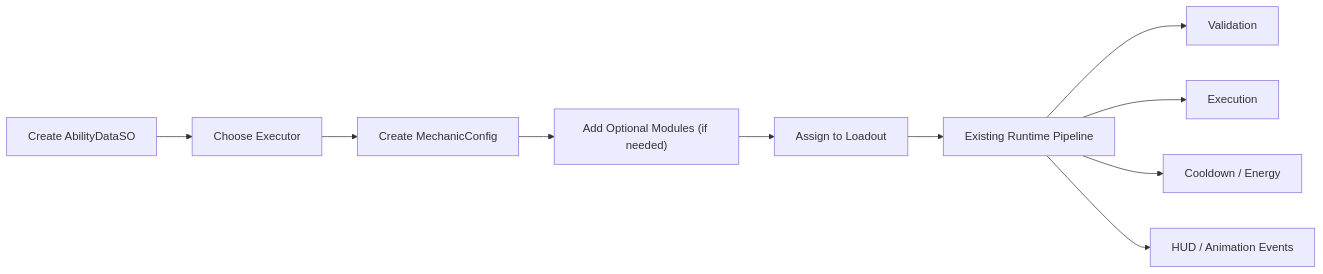
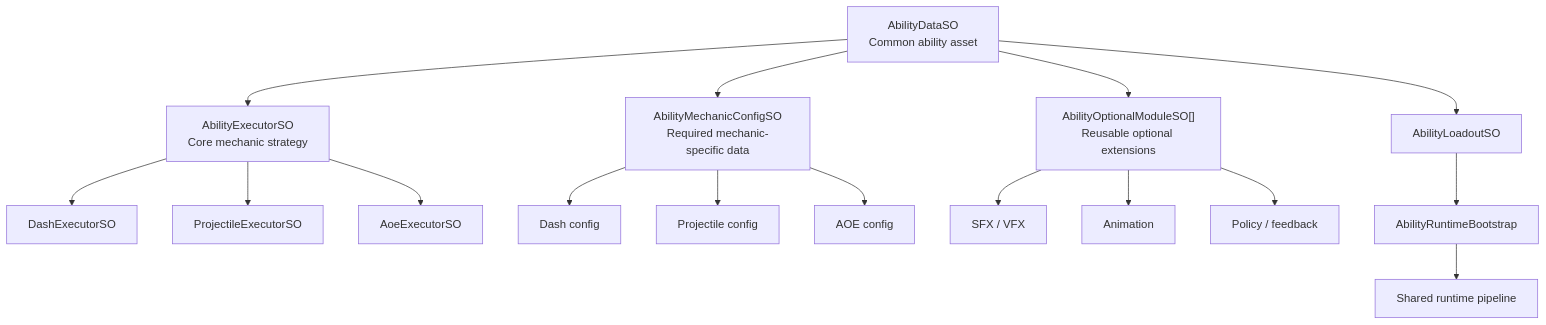
One commit to sbmeteturkay/Extensible-Ability-Framework changed the first of 2 diagrams in README.md. Above: the diagram before and after it, drawn with Mermaid. The commit also changed other lines of this file and 14 other files, not shown here.

````diff
--- a/README.md
+++ b/README.md
@@ -97,13 +123,22 @@
 ```mermaid
-flowchart LR
-    A["Create AbilityDataSO"] --> B["Choose Executor"]
-    B --> C["Create MechanicConfig"]
-    C --> D["Add Optional Modules (if needed)"]
-    D --> E["Assign to Loadout"]
-    E --> F["Existing Runtime Pipeline"]
+flowchart TD
+    A["AbilityDataSO<br/>Common ability asset"] --> B["AbilityExecutorSO<br/>Core mechanic strategy"]
+    A --> C["AbilityMechanicConfigSO<br/>Required mechanic-specific data"]
+    A --> D["AbilityOptionalModuleSO[]<br/>Reusable optional extensions"]
 
-    F --> F1["Validation"]
-    F --> F2["Execution"]
-    F --> F3["Cooldown / Energy"]
-    F --> F4["HUD / Animation Events"]
+    B --> B1["DashExecutorSO"]
+    B --> B2["ProjectileExecutorSO"]
+    B --> B3["AoeExecutorSO"]
+
+    C --> C1["Dash config"]
+    C --> C2["Projectile config"]
+    C --> C3["AOE config"]
+
+    D --> D1["SFX / VFX"]
+    D --> D2["Animation"]
+    D --> D3["Policy / feedback"]
+
+    A --> E["AbilityLoadoutSO"]
+    E --> F["AbilityRuntimeBootstrap"]
+    F --> G["Shared runtime pipeline"]
 ```
````
